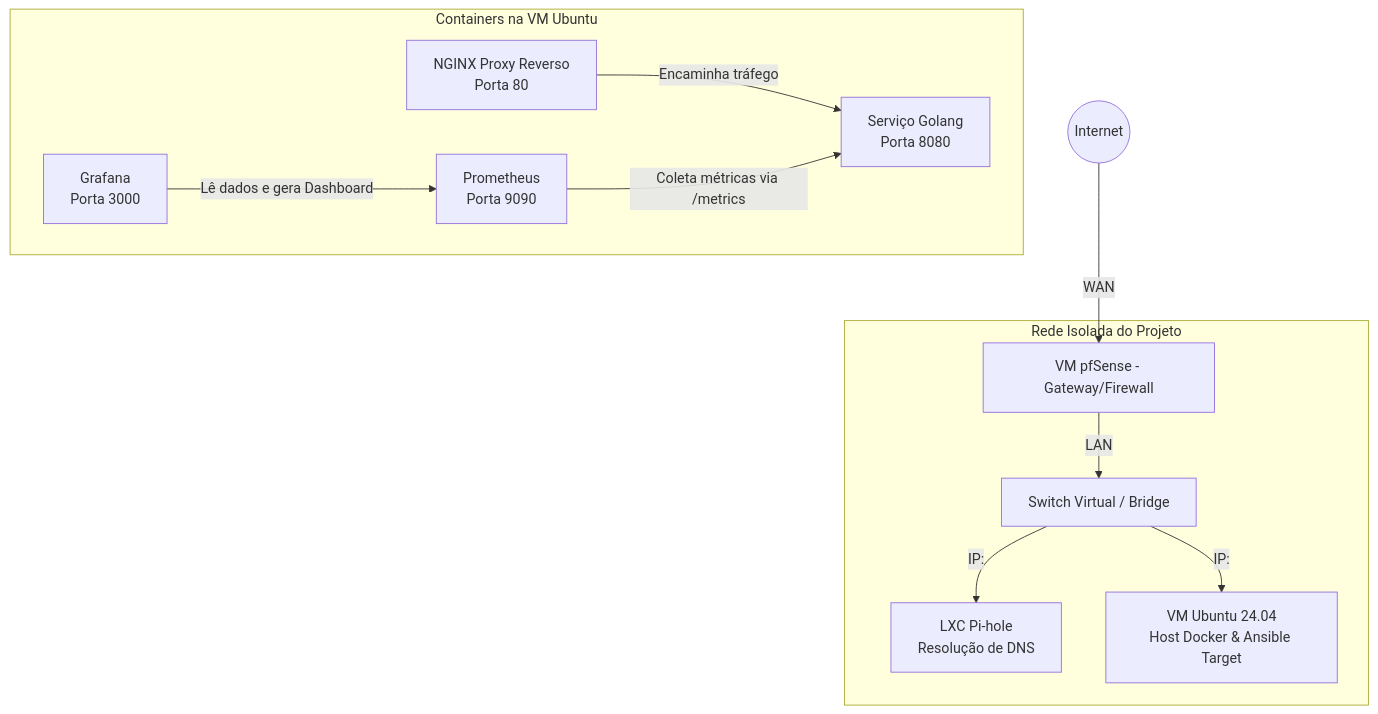
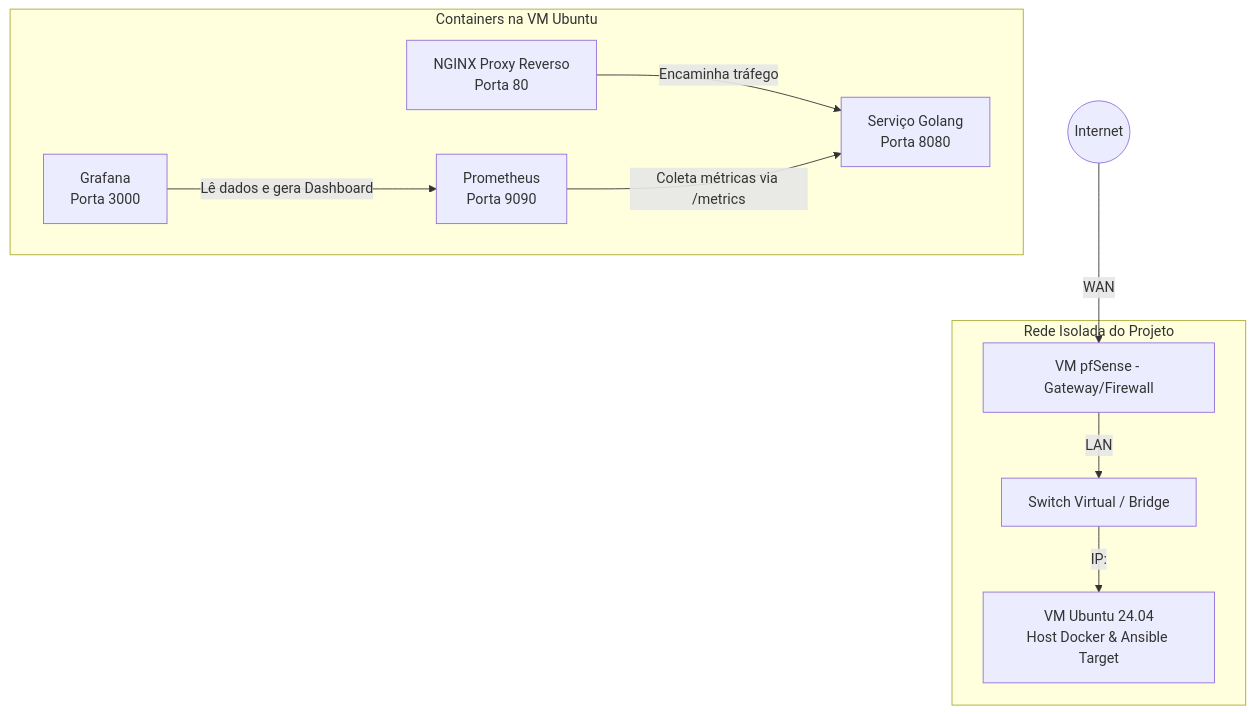
Before and after one commit to ggoncs/desafio-korp: the diagram in README.md, drawn with Mermaid.

Commit message:
Corrigida versões conflitantes do Prometheus com o Go, incluído no DockerFile o go.sum requerido pelo Prometheus, removida parte do fluxograma do README.md

````diff
--- a/README.md
+++ b/README.md
@@ -8,22 +8,21 @@
 ```mermaid
 graph TD
     Internet((Internet)) -->|WAN| pfSense[VM pfSense - Gateway/Firewall]
     
     subgraph Rede_Isolada [Rede Isolada do Projeto]
         pfSense -->|LAN| SwitchVirtual[Switch Virtual / Bridge]
         
-        SwitchVirtual -->|IP: <IP_DO_PIHOLE>| LXC_Pihole[LXC Pi-hole<br>Resolução de DNS]
         SwitchVirtual -->|IP: <IP_DA_VM_UBUNTU>| VM_Ubuntu[VM Ubuntu 24.04<br>Host Docker & Ansible Target]
     end
 
     subgraph VM_Ubuntu_Docker [Containers na VM Ubuntu]
         Nginx[NGINX Proxy Reverso<br>Porta 80]
         GoApp[Serviço Golang<br>Porta 8080]
         Prometheus[Prometheus<br>Porta 9090]
         Grafana[Grafana<br>Porta 3000]
 
         Nginx -->|Encaminha tráfego| GoApp
         Prometheus -->|Coleta métricas via /metrics| GoApp
         Grafana -->|Lê dados e gera Dashboard| Prometheus
     end
 ```
````
